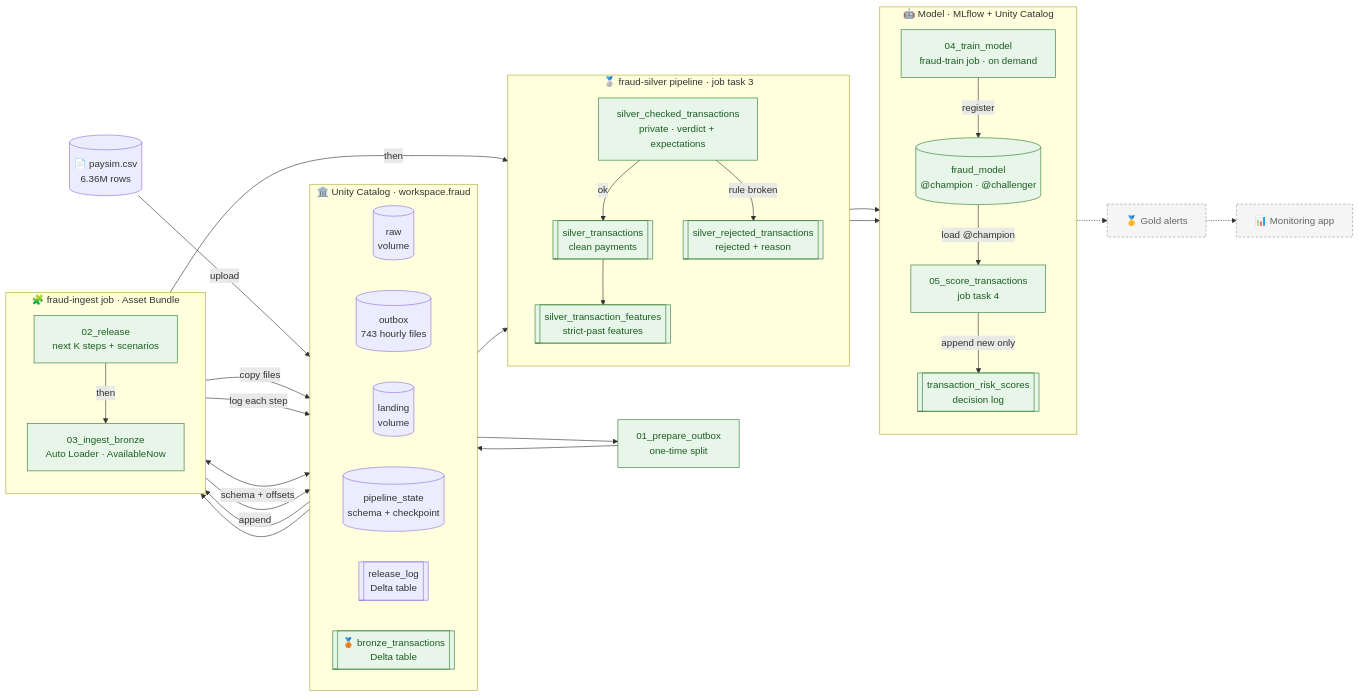
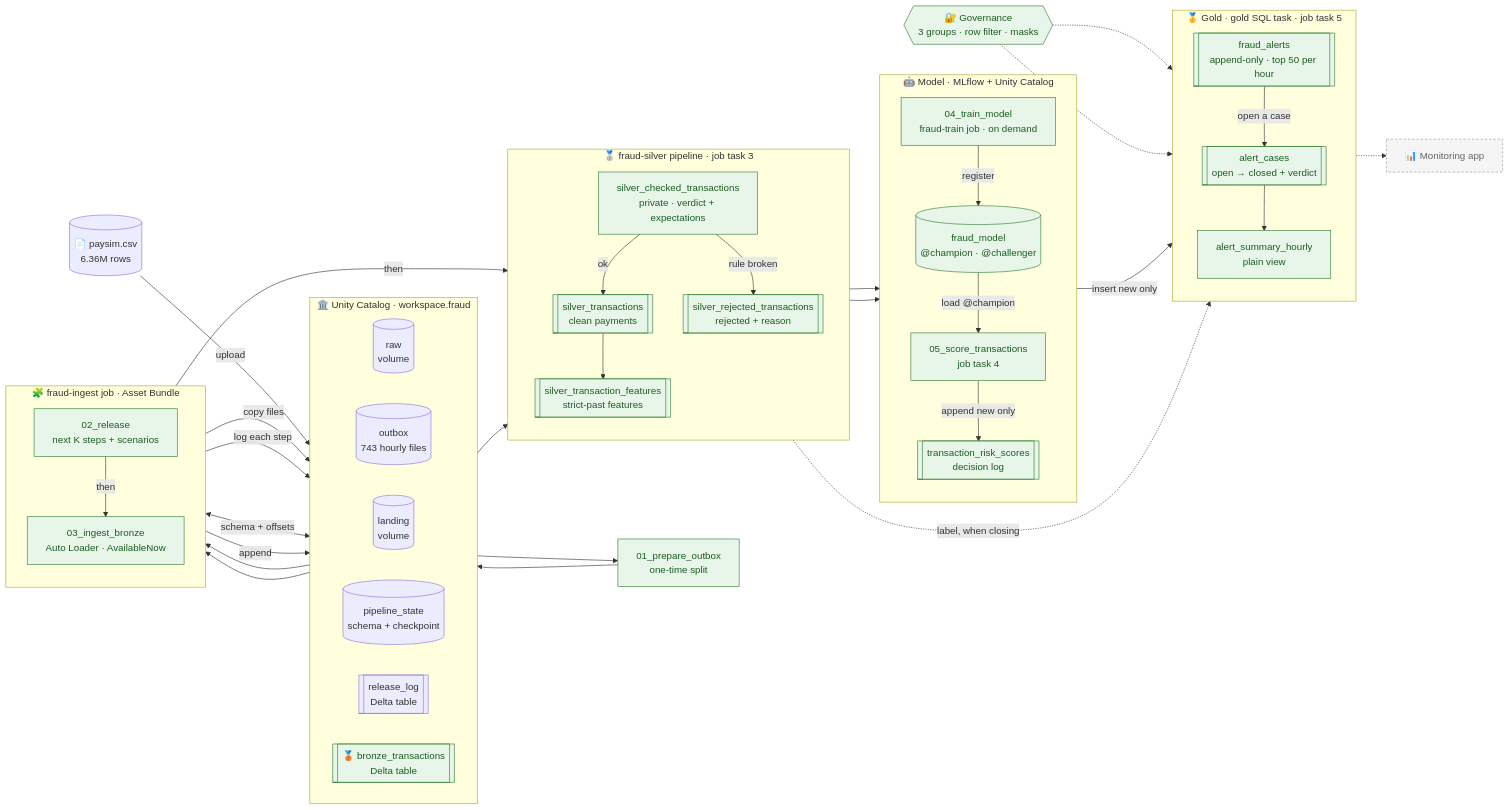
One commit to deepan-mehta-analytics/databricks-fraud-detection changed the diagram in README.md. Above: the diagram before and after it, drawn with Mermaid. The commit also changed other lines of this file and 13 other files, not shown here.

First line of the commit message:
docs: record Gold alerts and governance evidence

````diff
--- a/README.md
+++ b/README.md
@@ -140,67 +157,82 @@
 ```mermaid
 flowchart LR
     CSV[("📄 paysim.csv<br/>6.36M rows")]
 
     subgraph UC["🏛️ Unity Catalog · workspace.fraud"]
         direction LR
         RAW[("raw<br/>volume")]
         OUT[("outbox<br/>743 hourly files")]
         LAND[("landing<br/>volume")]
         STATE[("pipeline_state<br/>schema + checkpoint")]
         LOG[["release_log<br/>Delta table"]]
         BRONZE[["🥉 bronze_transactions<br/>Delta table"]]
     end
 
     subgraph JOB["🧩 fraud-ingest job · Asset Bundle"]
         direction TB
         REL["02_release<br/>next K steps + scenarios"]
         ING["03_ingest_bronze<br/>Auto Loader · AvailableNow"]
         REL -->|then| ING
     end
 
     SPLIT["01_prepare_outbox<br/>one-time split"]
 
     CSV -->|upload| RAW --> SPLIT --> OUT
     OUT --> REL
     REL -->|copy files| LAND
     REL -->|log each step| LOG
     LAND --> ING
     ING <-->|schema + offsets| STATE
     ING -->|append| BRONZE
 
     subgraph PIPE["🥈 fraud-silver pipeline · job task 3"]
         direction TB
         CHK["silver_checked_transactions<br/>private · verdict + expectations"]
         CLEAN[["silver_transactions<br/>clean payments"]]
         REJ[["silver_rejected_transactions<br/>rejected + reason"]]
         FEAT[["silver_transaction_features<br/>strict-past features"]]
         CHK -->|ok| CLEAN
         CHK -->|rule broken| REJ
         CLEAN --> FEAT
     end
 
     ING -->|then| CHK
     BRONZE --> CHK
 
     subgraph MODEL["🤖 Model · MLflow + Unity Catalog"]
         direction TB
         TRAIN["04_train_model<br/>fraud-train job · on demand"]
         REG[("fraud_model<br/>@champion · @challenger")]
         SCORE["05_score_transactions<br/>job task 4"]
         SCORES[["transaction_risk_scores<br/>decision log"]]
         TRAIN -->|register| REG
         REG -->|load @champion| SCORE
         SCORE -->|append new only| SCORES
     end
 
     FEAT --> TRAIN
     FEAT --> SCORE
 
-    SCORES -.-> GOLD["🥇 Gold alerts"]
-    GOLD -.-> APP["📊 Monitoring app"]
+    subgraph GOLD["🥇 Gold · gold SQL task · job task 5"]
+        direction TB
+        ALERTS[["fraud_alerts<br/>append-only · top 50 per hour"]]
+        CASES[["alert_cases<br/>open → closed + verdict"]]
+        SUMMARY["alert_summary_hourly<br/>plain view"]
+        ALERTS -->|open a case| CASES
+        CASES --> SUMMARY
+    end
+
+    SCORES -->|insert new only| ALERTS
+    CLEAN -.->|label, when closing| CASES
+
+    GOV{{"🔐 Governance<br/>3 groups · row filter · masks"}}
+    GOV -.-> CASES
+    GOV -.-> ALERTS
+
+    SUMMARY -.-> APP["📊 Monitoring app"]
 
     classDef planned fill:#f5f5f5,stroke:#999,stroke-dasharray:4 3,color:#666
     classDef done fill:#e8f5e9,stroke:#2e7d32,color:#1b5e20
-    class GOLD,APP planned
-    class REL,ING,SPLIT,BRONZE,CHK,CLEAN,REJ,FEAT,TRAIN,REG,SCORE,SCORES done
+    class APP planned
+    class REL,ING,SPLIT,BRONZE,CHK,CLEAN,REJ,FEAT,TRAIN,REG,SCORE,SCORES,ALERTS,CASES,SUMMARY,GOV done
 ```
````
